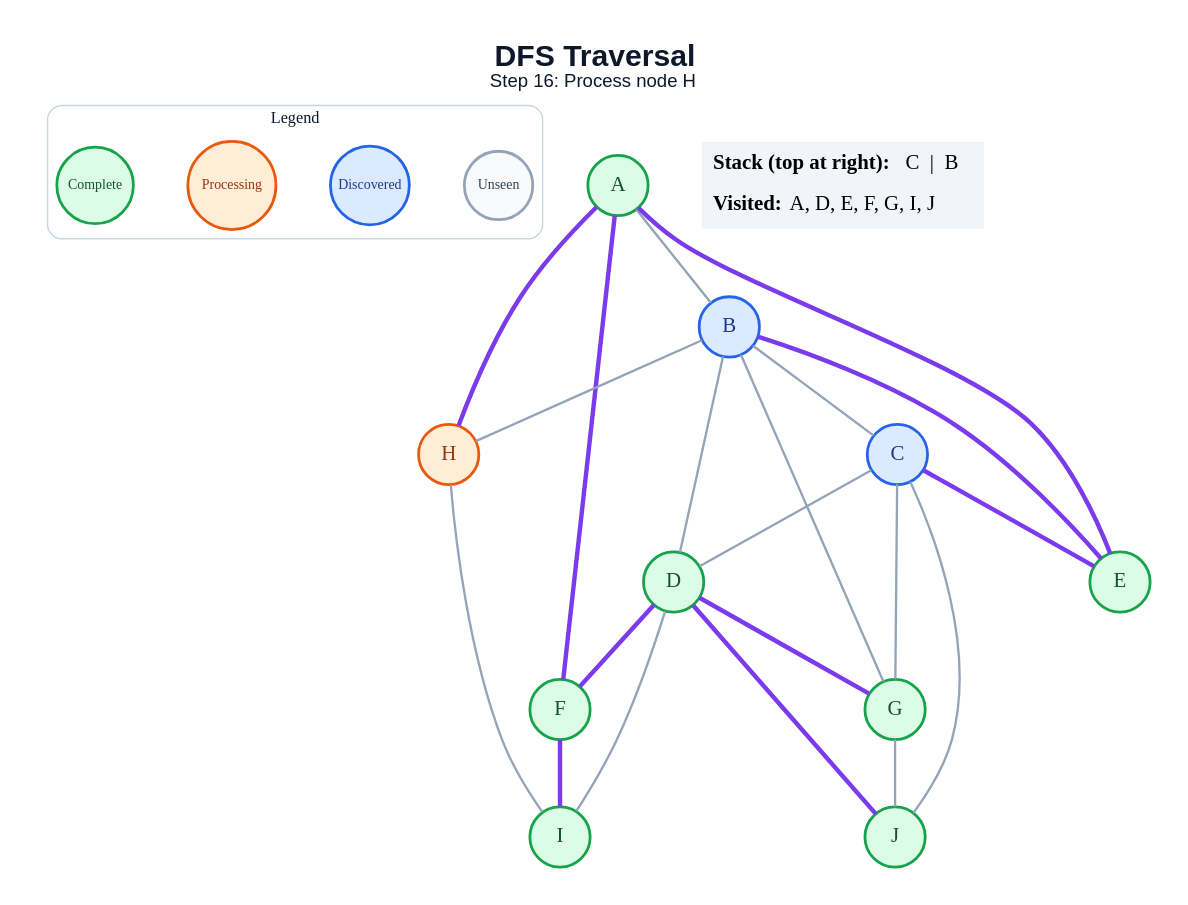
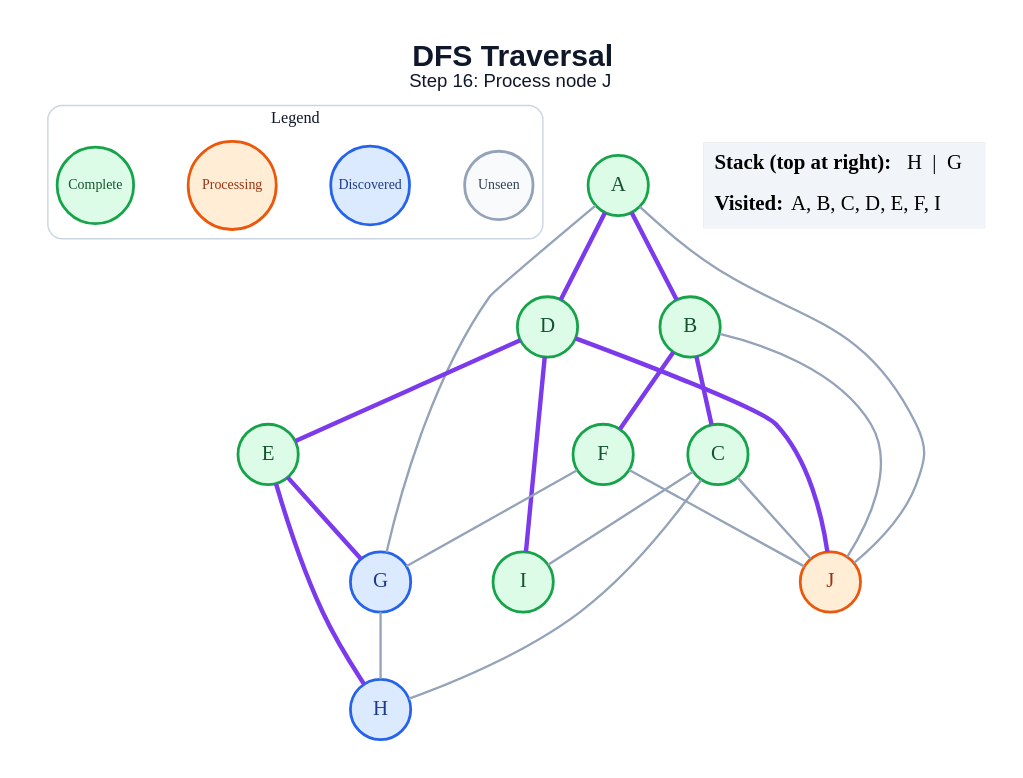
One commit to anon7238593-create/ai-slop changed the diagram in generated/specific-node/dfs/step_16.dot. Above: the diagram before and after it, drawn with Graphviz. The commit also changed 171 other files, not shown here.

```diff
--- a/generated/specific-node/dfs/step_16.dot
+++ b/generated/specific-node/dfs/step_16.dot
@@ -1,49 +1,47 @@
 graph traversal {
   graph [layout=dot, rankdir=TB, bgcolor="#FFFFFF", pad="0.35", nodesep="0.65", ranksep="0.8", fontname="Arial"];
   node [shape=circle, style="filled", fontname="Arial Bold", fontsize=18, width=0.72, fixedsize=true, penwidth=2.4];
   edge [color="#94A3B8", penwidth=2.0];
-  label=<<B>DFS Traversal</B><BR/><FONT POINT-SIZE="16">Step 16: Process node H</FONT>>; labelloc="t"; fontsize=26; fontname="Arial"; fontcolor="#0F172A";
+  label=<<B>DFS Traversal</B><BR/><FONT POINT-SIZE="16">Step 16: Process node J</FONT>>; labelloc="t"; fontsize=26; fontname="Arial"; fontcolor="#0F172A";
   subgraph cluster_legend { label="Legend"; color="#CBD5E1"; penwidth=1.2; style="rounded"; fontsize=14; fontname="Arial Bold";
     key_unseen [label="Unseen", fillcolor="#F8FAFC", color="#94A3B8", fontcolor="#334155", fontsize=12, width=0.82];
     key_frontier [label="Discovered", fillcolor="#DBEAFE", color="#2563EB", fontcolor="#1E3A8A", fontsize=12, width=0.95];
     key_current [label="Processing", fillcolor="#FFEDD5", color="#EA580C", fontcolor="#9A3412", fontsize=12, width=1.05];
     key_done [label="Complete", fillcolor="#DCFCE7", color="#16A34A", fontcolor="#14532D", fontsize=12, width=0.92];
     { rank=same; key_unseen; key_frontier; key_current; key_done; }
   }
   A [fillcolor="#DCFCE7", color="#16A34A", fontcolor="#14532D"];
-  B [fillcolor="#DBEAFE", color="#2563EB", fontcolor="#1E3A8A"];
-  C [fillcolor="#DBEAFE", color="#2563EB", fontcolor="#1E3A8A"];
+  B [fillcolor="#DCFCE7", color="#16A34A", fontcolor="#14532D"];
+  C [fillcolor="#DCFCE7", color="#16A34A", fontcolor="#14532D"];
   D [fillcolor="#DCFCE7", color="#16A34A", fontcolor="#14532D"];
   E [fillcolor="#DCFCE7", color="#16A34A", fontcolor="#14532D"];
   F [fillcolor="#DCFCE7", color="#16A34A", fontcolor="#14532D"];
-  G [fillcolor="#DCFCE7", color="#16A34A", fontcolor="#14532D"];
-  H [fillcolor="#FFEDD5", color="#EA580C", fontcolor="#9A3412"];
+  G [fillcolor="#DBEAFE", color="#2563EB", fontcolor="#1E3A8A"];
+  H [fillcolor="#DBEAFE", color="#2563EB", fontcolor="#1E3A8A"];
   I [fillcolor="#DCFCE7", color="#16A34A", fontcolor="#14532D"];
-  J [fillcolor="#DCFCE7", color="#16A34A", fontcolor="#14532D"];
-  A -- B;
-  A -- E [color="#7C3AED", penwidth=3.8];
-  A -- F [color="#7C3AED", penwidth=3.8];
-  A -- H [color="#7C3AED", penwidth=3.8];
-  B -- C;
-  B -- D;
-  B -- E [color="#7C3AED", penwidth=3.8];
-  B -- G;
-  B -- H;
-  C -- D;
-  C -- E [color="#7C3AED", penwidth=3.8];
-  C -- G;
+  J [fillcolor="#FFEDD5", color="#EA580C", fontcolor="#9A3412"];
+  A -- B [color="#7C3AED", penwidth=3.8];
+  A -- D [color="#7C3AED", penwidth=3.8];
+  A -- G;
+  A -- J;
+  B -- C [color="#7C3AED", penwidth=3.8];
+  B -- F [color="#7C3AED", penwidth=3.8];
+  B -- J;
+  C -- H;
+  C -- I;
   C -- J;
-  D -- F [color="#7C3AED", penwidth=3.8];
-  D -- G [color="#7C3AED", penwidth=3.8];
-  D -- I;
+  D -- E [color="#7C3AED", penwidth=3.8];
+  D -- I [color="#7C3AED", penwidth=3.8];
   D -- J [color="#7C3AED", penwidth=3.8];
-  F -- I [color="#7C3AED", penwidth=3.8];
-  G -- J;
-  H -- I;
+  E -- G [color="#7C3AED", penwidth=3.8];
+  E -- H [color="#7C3AED", penwidth=3.8];
+  F -- G;
+  F -- J;
+  G -- H;
   status [shape=plain, fixedsize=false, width=0, height=0, margin=0, label=<
     <TABLE BORDER="0" CELLBORDER="0" CELLPADDING="7" BGCOLOR="#F1F5F9">
-      <TR><TD ALIGN="LEFT"><B>Stack (top at right):</B> C  |  B</TD></TR>
-      <TR><TD ALIGN="LEFT"><B>Visited:</B> A, D, E, F, G, I, J</TD></TR>
+      <TR><TD ALIGN="LEFT"><B>Stack (top at right):</B> H  |  G</TD></TR>
+      <TR><TD ALIGN="LEFT"><B>Visited:</B> A, B, C, D, E, F, I</TD></TR>
     </TABLE>
   >];
 }
```
